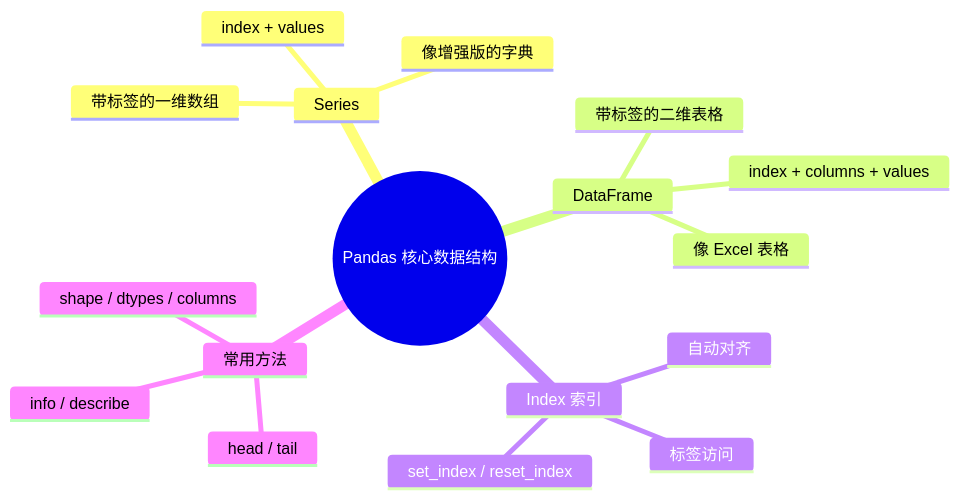
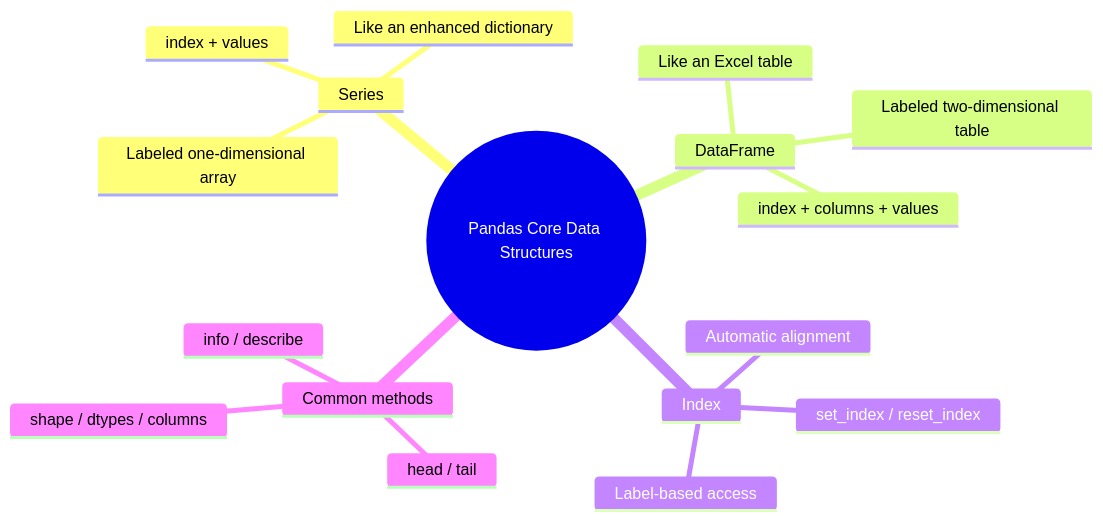
The third of 3 diagrams in docs/ch03-data-analysis/ch03-pandas/01-core-structures.md (oudbiao/AI-fullstack-course), drawn with Mermaid before and after one commit. The commit also changed other lines of this file and 1406 other files, not shown here.

````diff
--- a/docs/ch03-data-analysis/ch03-pandas/01-core-structures.md
+++ b/docs/ch03-data-analysis/ch03-pandas/01-core-structures.md
@@ -502,20 +502,20 @@
 ```mermaid
 mindmap
-  root((Pandas 核心数据结构))
+  root((Pandas Core Data Structures))
     Series
-      带标签的一维数组
+      Labeled one-dimensional array
       index + values
-      像增强版的字典
+      Like an enhanced dictionary
     DataFrame
-      带标签的二维表格
+      Labeled two-dimensional table
       index + columns + values
-      像 Excel 表格
-    Index 索引
-      自动对齐
+      Like an Excel table
+    Index
+      Automatic alignment
       set_index / reset_index
-      标签访问
-    常用方法
+      Label-based access
+    Common methods
       head / tail
       info / describe
       shape / dtypes / columns
 ```
````
